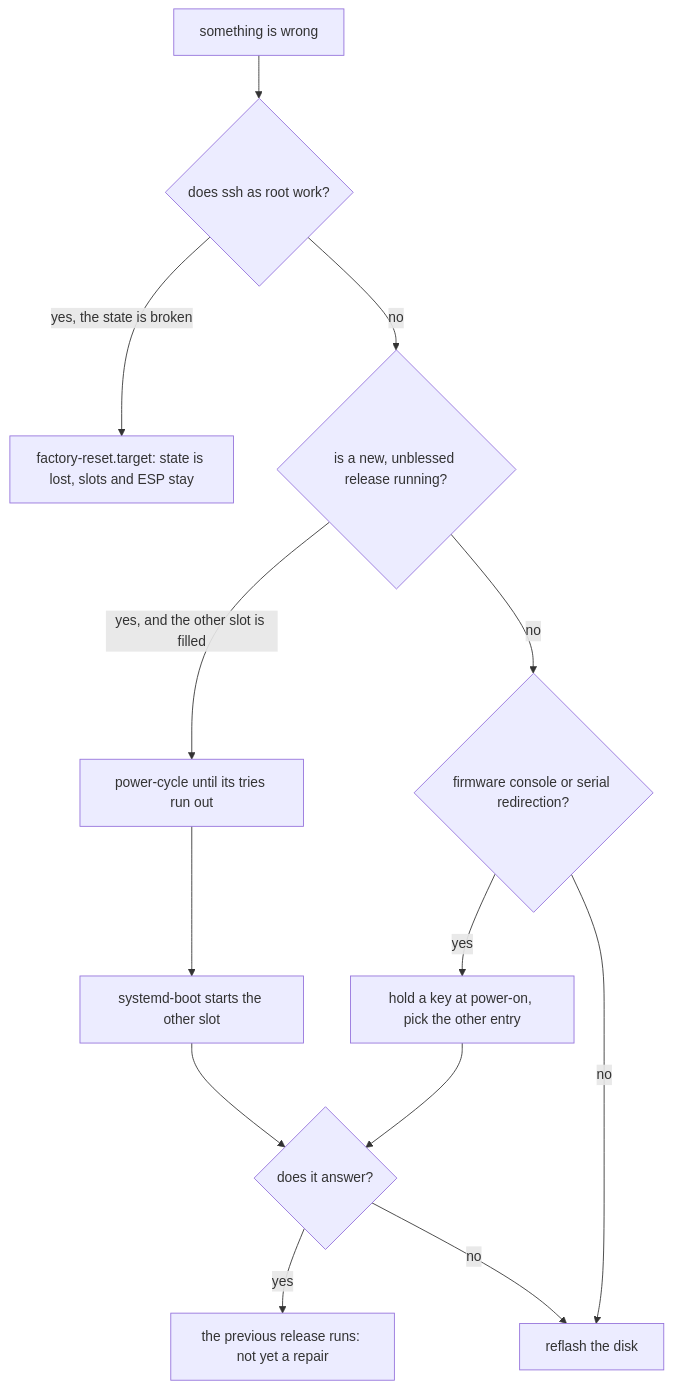
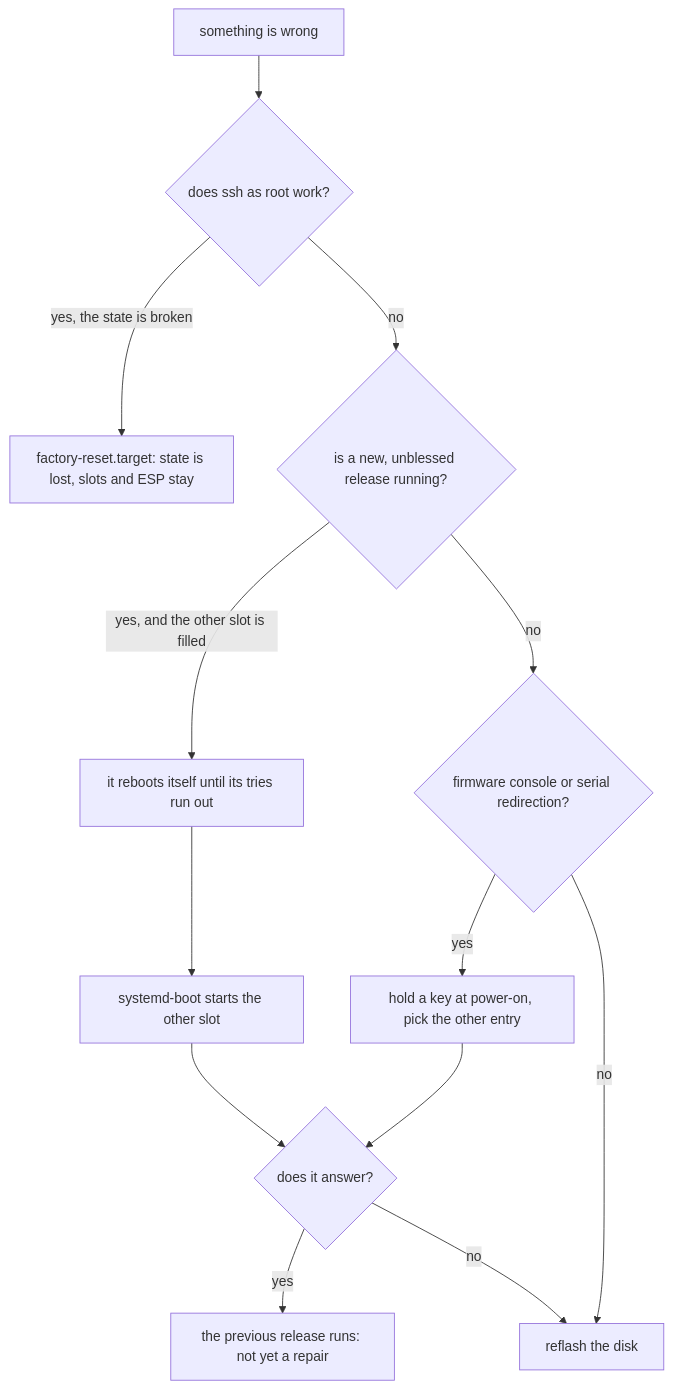
The diagram in docs/design/recovery.md (slophaer/golconda), drawn with Mermaid before and after one commit. The commit also changed other lines of this file and 17 other files, not shown here.

````diff
--- a/docs/design/recovery.md
+++ b/docs/design/recovery.md
@@ -9,15 +9,15 @@
 ```mermaid
 flowchart TD
   start[something is wrong] --> ssh{does ssh as root work?}
   ssh -->|yes, the state is broken| reset[factory-reset.target: state is lost, slots and ESP stay]
   ssh -->|no| fresh{is a new, unblessed release running?}
-  fresh -->|yes, and the other slot is filled| reboot[power-cycle until its tries run out]
+  fresh -->|yes, and the other slot is filled| reboot[it reboots itself until its tries run out]
   reboot --> other[systemd-boot starts the other slot]
   fresh -->|no| menu{firmware console or serial redirection?}
   menu -->|yes| pick[hold a key at power-on, pick the other entry]
   menu -->|no| reflash[reflash the disk]
   other --> works{does it answer?}
   pick --> works
   works -->|yes| older[the previous release runs: not yet a repair]
   works -->|no| reflash
 ```
````
